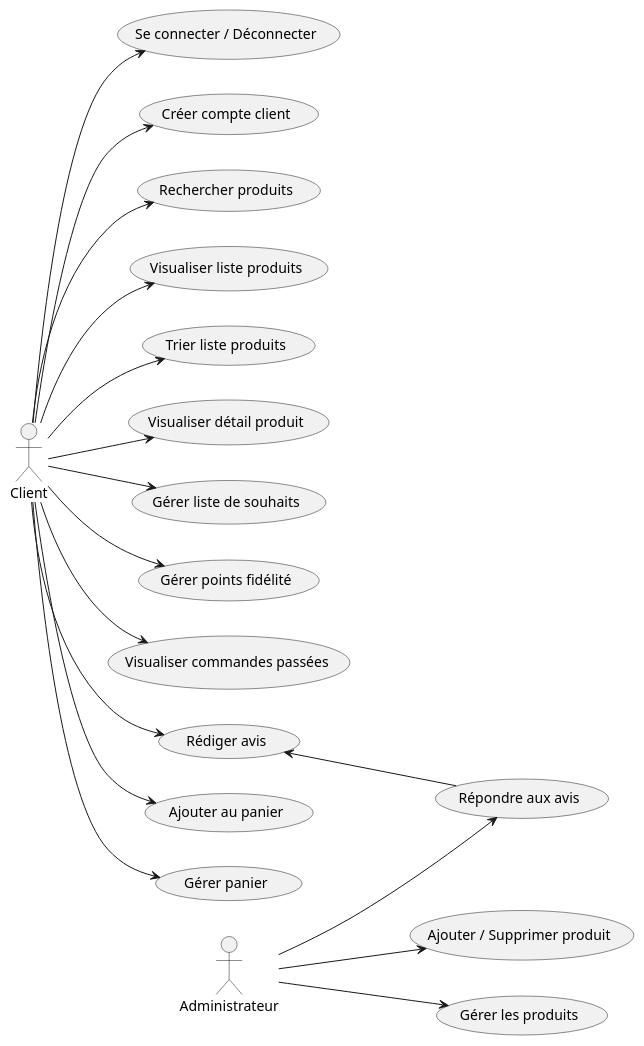
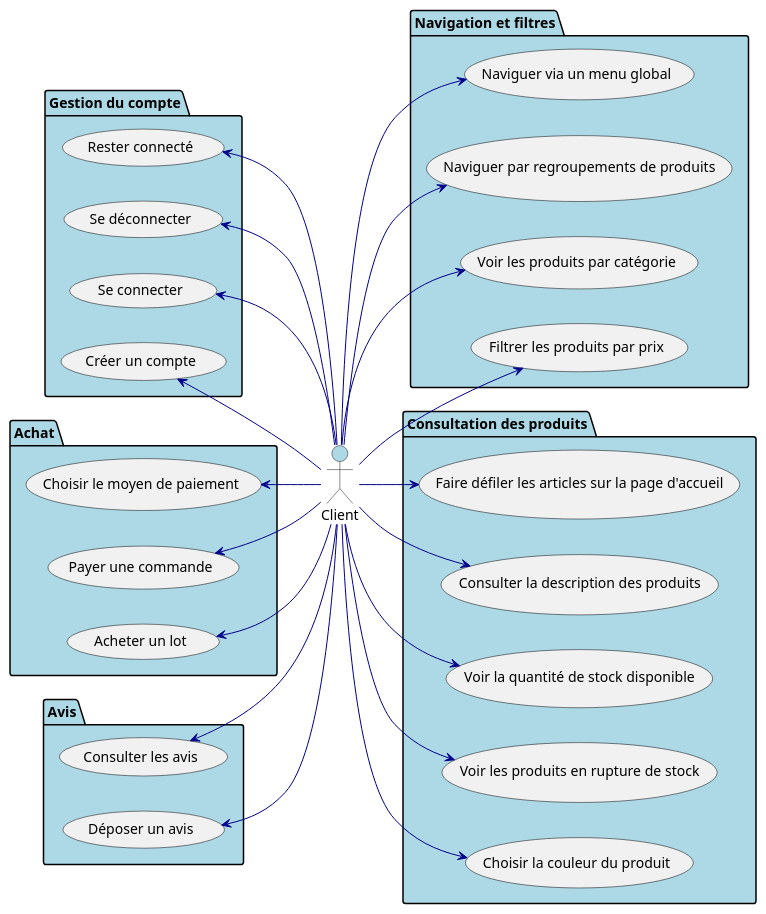
One commit to IUT-Blagnac/sae-3-01-devapp-2024-2025-g1b6 changed the diagram in images/USE_CASE/usecase.pu. Above: the diagram before and after it, drawn with PlantUML.

```diff
--- a/images/USE_CASE/usecase.pu
+++ b/images/USE_CASE/usecase.pu
@@ -1,37 +1,46 @@
 @startuml
+skinparam {
+    actorBackgroundColor LightBlue
+    packageBackgroundColor LightBlue 
+    usecaseBorderColor Black
+    arrowColor DarkBlue
+    UsecaseRectangleRounded true
+}
+
+actor Client
+
 left to right direction
 
-actor Client
-actor Administrateur
+package "Gestion du compte" {
+    Client -u-> (Créer un compte)
+    Client -u-> (Se connecter)
+    Client -u-> (Se déconnecter)
+    Client -u-> (Rester connecté)
+}
 
-' Account Management
-Client --> (Se connecter / Déconnecter)
-Client --> (Créer compte client)
+package "Navigation et filtres" {
+    Client --> (Naviguer via un menu global)
+    Client --> (Naviguer par regroupements de produits)
+    Client --> (Voir les produits par catégorie)
+    Client --> (Filtrer les produits par prix)
+}
 
-' Product Management
-Client --> (Rechercher produits)
-Client --> (Visualiser liste produits)
-Client --> (Trier liste produits)
-Client --> (Visualiser détail produit)
+package "Consultation des produits" {
+    Client --> (Faire défiler les articles sur la page d'accueil)
+    Client --> (Consulter la description des produits)
+    Client --> (Voir la quantité de stock disponible)
+    Client --> (Voir les produits en rupture de stock)
+    Client --> (Choisir la couleur du produit)
+}
 
-' Wishlist and Loyalty
-Client --> (Gérer liste de souhaits)
-Client --> (Gérer points fidélité)
+package "Achat" {
+    Client -u-> (Acheter un lot)
+    Client -u-> (Payer une commande)
+    Client -u-> (Choisir le moyen de paiement)
+}
 
-' Order History and Reviews
-Client --> (Visualiser commandes passées)
-Client --> (Rédiger avis)
-
-' Cart Management
-Client --> (Ajouter au panier)
-Client --> (Gérer panier)
-
-' Administrator Console
-Administrateur --> (Ajouter / Supprimer produit)
-Administrateur --> (Gérer les produits)
-Administrateur --> (Répondre aux avis)
-
-' Relation between Reviews and Responses
-(Rédiger avis) <-- (Répondre aux avis)
-
+package "Avis" {
+    Client -u-> (Déposer un avis)
+    Client -u-> (Consulter les avis)
+}
 @enduml
```
